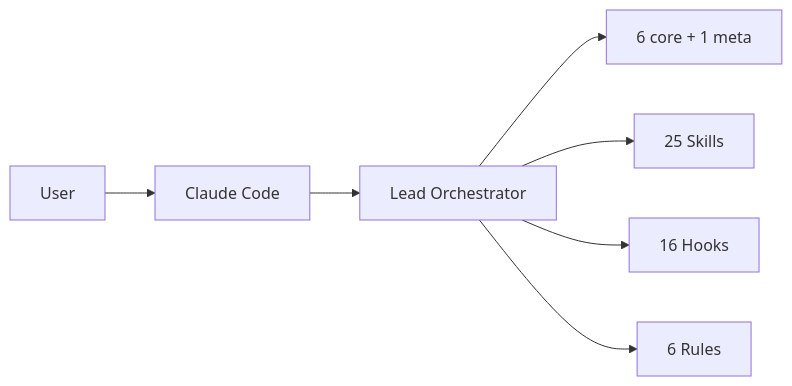
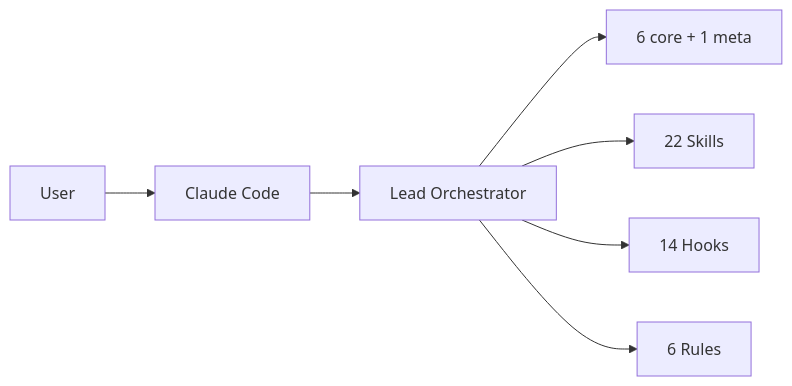
One commit to MaciWP/claude-code-poneglyph changed the first of 2 diagrams in CLAUDE.md. Above: the diagram before and after it, drawn with Mermaid. The commit also changed other lines of this file and 3 other files, not shown here.

````diff
--- a/CLAUDE.md
+++ b/CLAUDE.md
@@ -121,9 +121,9 @@
 ```mermaid
 graph LR
     User --> CC[Claude Code]
     CC --> Orch[Lead Orchestrator]
     Orch --> Agents[6 core + 1 meta]
-    Orch --> Skills[25 Skills]
-    Orch --> Hooks[16 Hooks]
+    Orch --> Skills[22 Skills]
+    Orch --> Hooks[14 Hooks]
     Orch --> Rules[6 Rules]
 ```
````
